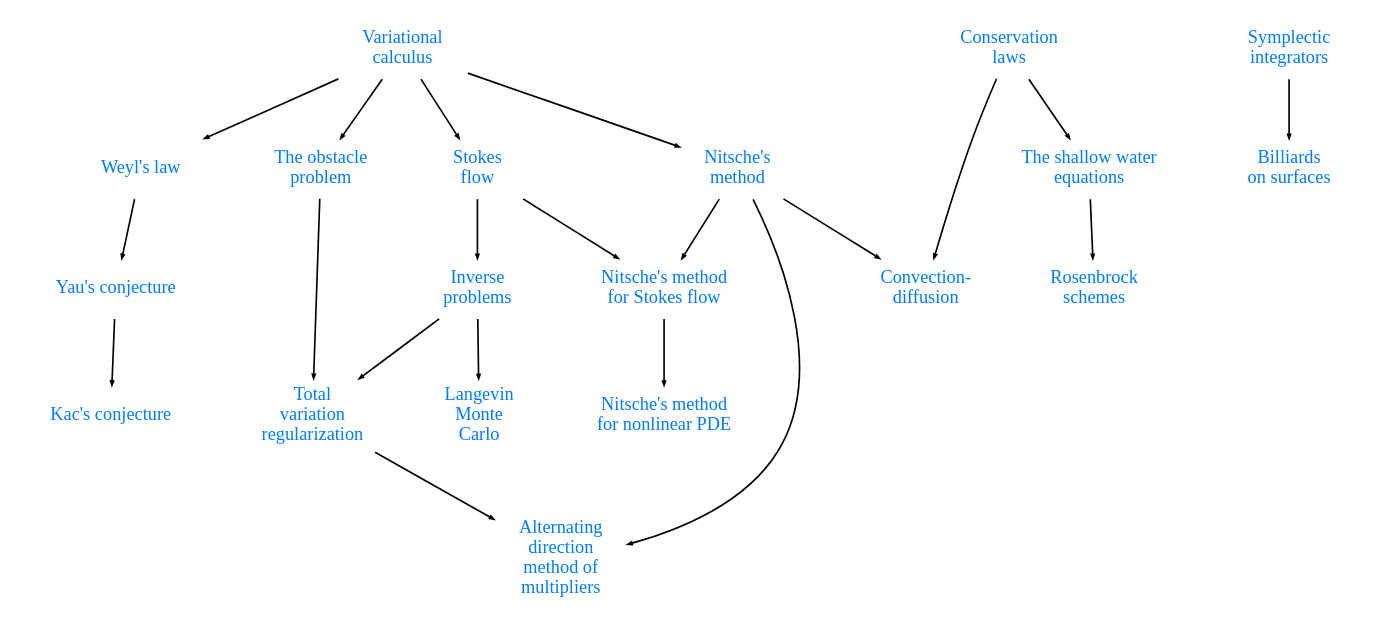
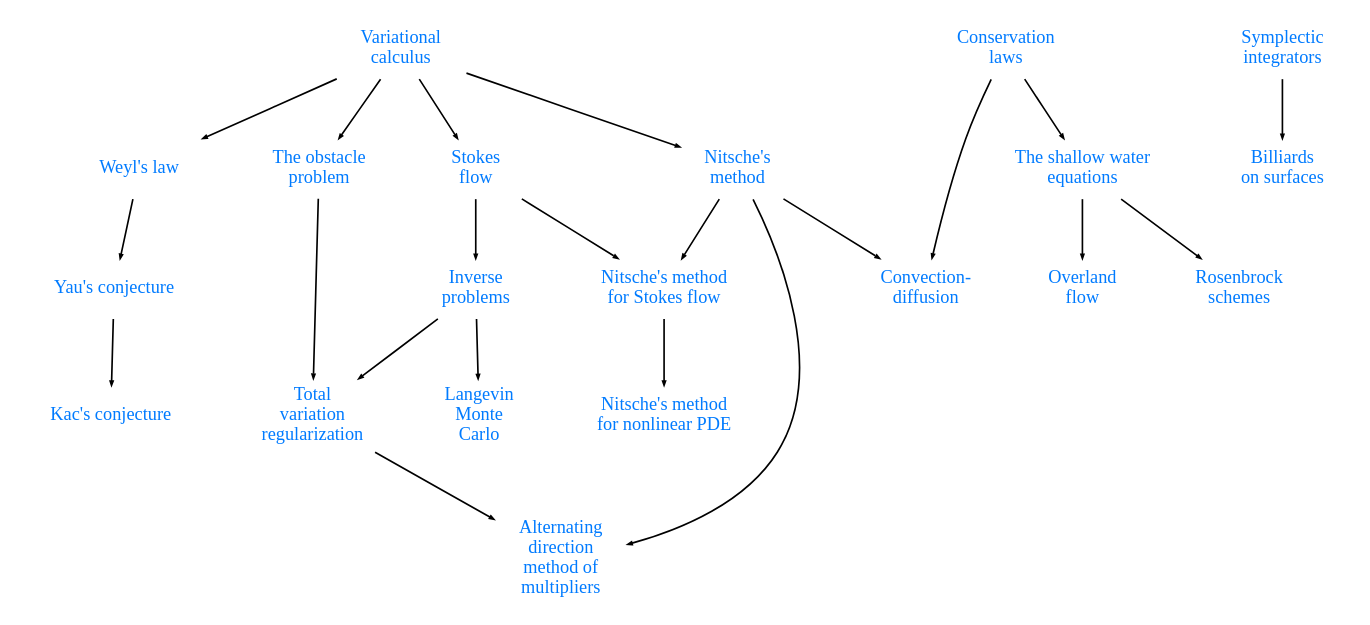
One commit to danshapero/danshapero.github.io changed the diagram in pages/index.rst. Above: the diagram before and after it, drawn with Graphviz.

Commit message:
Add overland flow to index

```diff
--- a/pages/index.rst
+++ b/pages/index.rst
@@ -17,49 +17,51 @@
 .. graphviz::
 
     digraph posts {
         node [shape="plaintext", fontcolor="#007bff", fontsize="11"];
         edge [arrowsize=0.25];
 
         calc [label="Variational\ncalculus", href="/posts/variational-calculus/"];
         stokes [label="Stokes\nflow", href="/posts/stokes/"];
         weyl [label="Weyl's law", href="/posts/weyls-law/"];
         yau [label="Yau's conjecture", href="/posts/yau-conjecture/"];
         kac [label="Kac's conjecture", href="/posts/kac-conjecture/"];
         nitsche [label="Nitsche's\nmethod", href="/posts/nitsches-method/"];
         nitsche_stokes [label="Nitsche's method\nfor Stokes flow", href="/posts/nitsches-method-stokes/"];
         nitsche_nonlinear [label="Nitsche's method\nfor nonlinear PDE", href="/posts/nitsches-method-nonlinear/"];
         obstacle [label="The obstacle\nproblem", href="/posts/obstacle-problem/"];
         conservation_laws [label="Conservation\nlaws", href="/posts/conservation-laws/"];
         convection_diffusion [label="Convection-\ndiffusion", href="/posts/convection-diffusion/"];
         inverse_problems [label="Inverse\nproblems", href="/posts/inverse-problems"];
         total_variation [label="Total\nvariation\nregularization", href="/posts/total-variation"];
         admm [label="Alternating\ndirection\nmethod of\nmultipliers", href="/posts/admm"];
         shallow_water [label="The shallow water\nequations", href="/posts/shallow-water/"];
+        overland_flow [label="Overland\nflow", href="/posts/overland-flow/"];
         rosenbrock [label="Rosenbrock\nschemes", href="/posts/rosenbrock/"];
         langevin [label="Langevin\nMonte\nCarlo", href="/posts/langevin-mcmc/"];
         symplectic [label="Symplectic\nintegrators", href="/posts/symplectic-integrators/"];
         billiards [label="Billiards\non surfaces", href="/posts/surface-billiards/"];
 
         {rank=same; calc, conservation_laws};
 
         calc -> weyl;
         calc -> stokes;
         calc -> nitsche;
         calc -> obstacle;
         stokes -> nitsche_stokes;
         stokes -> inverse_problems;
         inverse_problems -> total_variation;
         nitsche -> admm;
         total_variation -> admm;
         inverse_problems -> langevin;
         obstacle -> total_variation;
         weyl -> yau;
         yau -> kac;
         nitsche -> nitsche_stokes;
         nitsche_stokes -> nitsche_nonlinear;
         conservation_laws -> convection_diffusion;
         conservation_laws -> shallow_water;
         shallow_water -> rosenbrock;
+        shallow_water -> overland_flow;
         nitsche -> convection_diffusion;
         symplectic -> billiards;
     }
```
